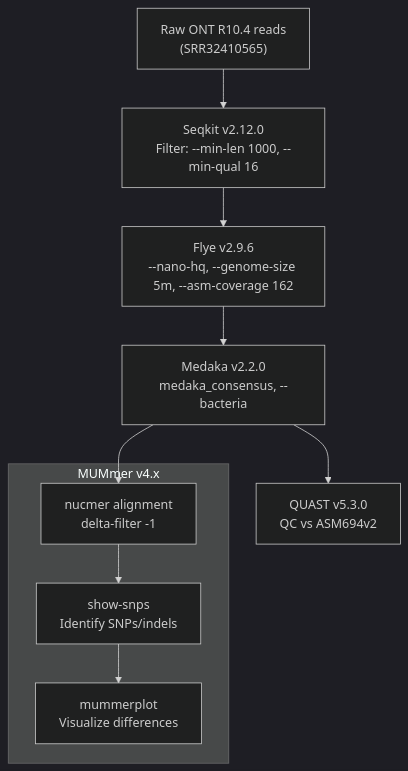
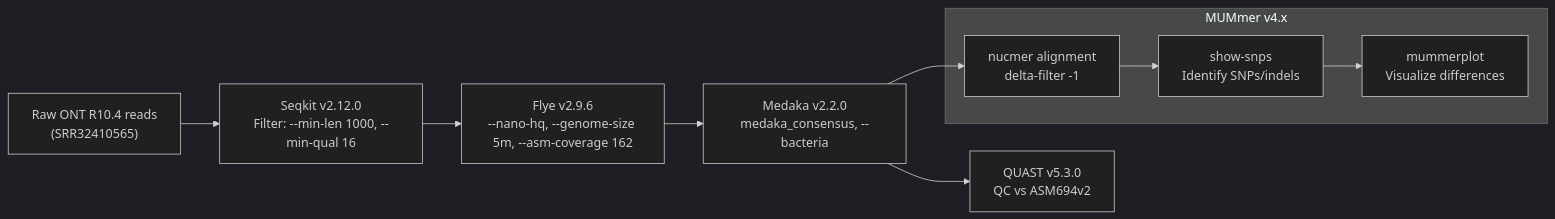
One commit to farah-y-sadoon/salmonella-nanopore-genome-assembly changed the diagram in README.md. Above: the diagram before and after it, drawn with Mermaid (dark theme).

Commit message:
Changed orientation of flowchart

````diff
--- a/README.md
+++ b/README.md
@@ -22,15 +22,15 @@
 ```mermaid
-flowchart TD
+flowchart LR
   A["Raw ONT R10.4 reads<br/>(SRR32410565)"] --> B["Seqkit v2.12.0<br/>Filter: --min-len 1000, --min-qual 16"]
   B --> C["Flye v2.9.6<br/>--nano-hq, --genome-size 5m, --asm-coverage 162"]
   C --> D["Medaka v2.2.0<br/>medaka_consensus, --bacteria"]
   
   subgraph MUMmer_Suite ["MUMmer v4.x"]
     F["nucmer alignment<br/>delta-filter -1"] --> G["show-snps<br/>Identify SNPs/indels"]
     G --> H["mummerplot<br/>Visualize differences"]
   end
 
   D --> F
   D --> E["QUAST v5.3.0<br/>QC vs ASM694v2"]
 
 ```
````
